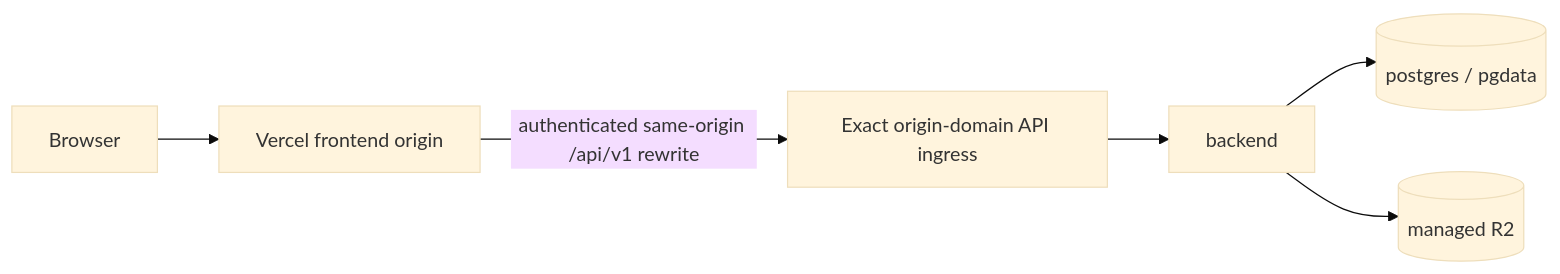
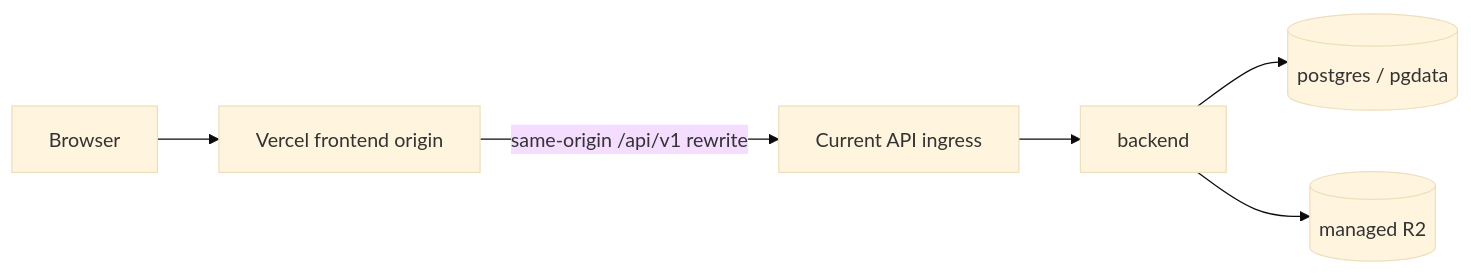
The first of 2 diagrams in docs/architecture.md (JNU-SWCU/oss-hub), drawn with Mermaid (base theme) before and after one commit. The commit also changed other lines of this file and 9 other files, not shown here.

````diff
--- a/docs/architecture.md
+++ b/docs/architecture.md
@@ -33,8 +33,8 @@
 ```mermaid
 flowchart LR
   Browser[Browser] --> Vercel[Vercel frontend origin]
-  Vercel -- authenticated same-origin /api/v1 rewrite --> Ingress[Exact origin-domain API ingress]
+  Vercel -- same-origin /api/v1 rewrite --> Ingress[Current API ingress]
   Ingress --> Back[backend]
   Back --> Postgres[(postgres / pgdata)]
   Back --> R2[(managed R2)]
 ```
````
